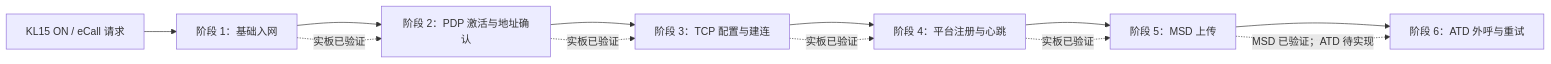
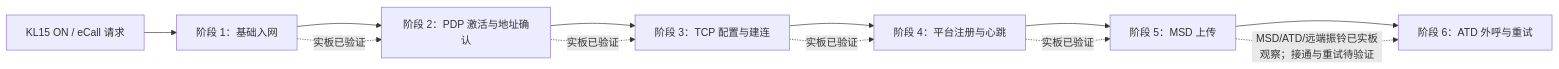
One commit to xiaojunzhong123/eCall changed the first of 7 diagrams in docs/AC7600_TCPIP_SWIMLANE.md. Above: the diagram before and after it, drawn with Mermaid. The commit also changed other lines of this file and 6 other files, not shown here.

````diff
--- a/docs/AC7600_TCPIP_SWIMLANE.md
+++ b/docs/AC7600_TCPIP_SWIMLANE.md
@@ -14,15 +14,15 @@
 ```mermaid
 flowchart LR
     A[KL15 ON / eCall 请求] --> B[阶段 1：基础入网]
     B --> C[阶段 2：PDP 激活与地址确认]
     C --> D[阶段 3：TCP 配置与建连]
     D --> E[阶段 4：平台注册与心跳]
     E --> F[阶段 5：MSD 上传]
     F --> G[阶段 6：ATD 外呼与重试]
 
     B -.实板已验证.-> C
     C -.实板已验证.-> D
     D -.实板已验证.-> E
     E -.实板已验证.-> F
-    F -.MSD 已验证；ATD 待实现.-> G
+    F -.MSD/ATD/远端振铃已实板观察；接通与重试待验证.-> G
 ```
````
